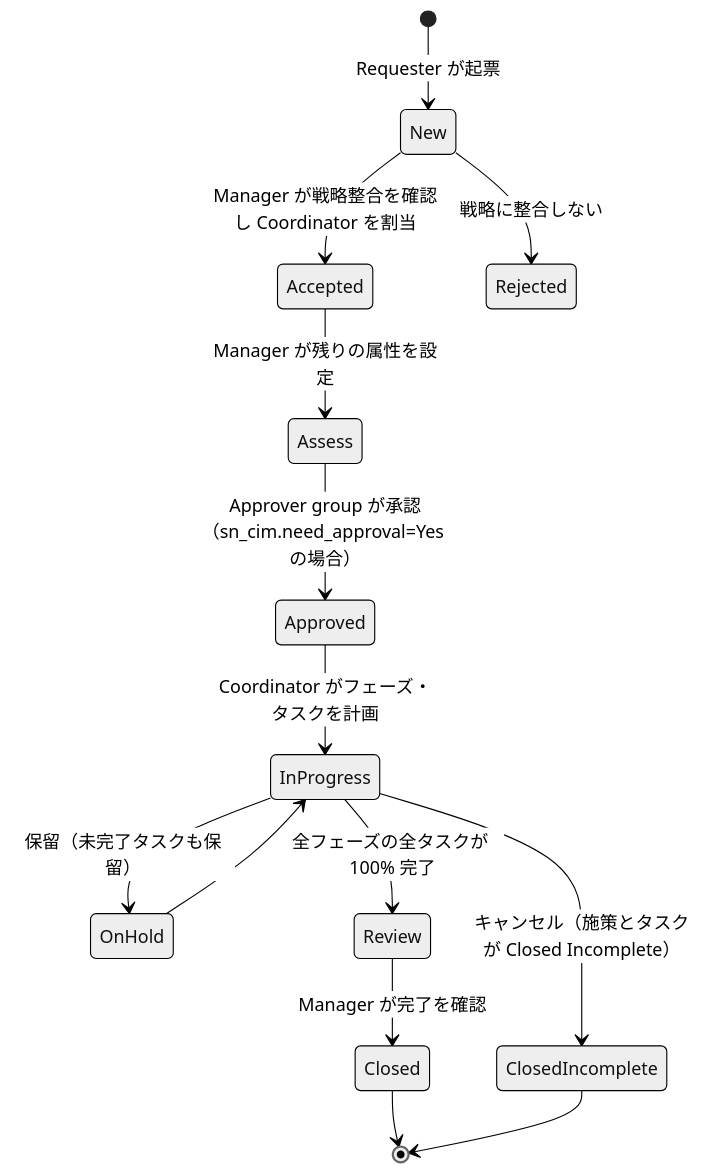
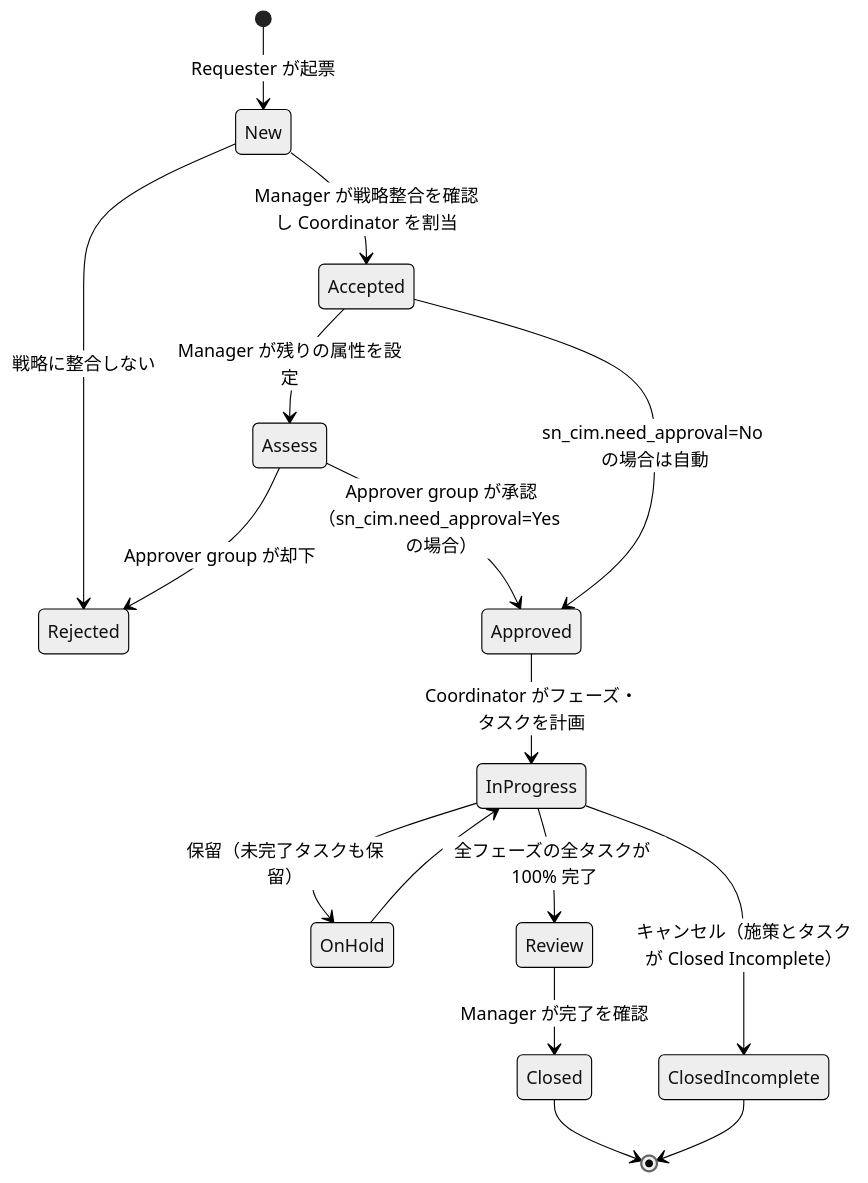
One commit to hidefumiagata/platform-doc changed the second of 2 diagrams in ServiceNow/02_リファレンス/itsm/itsm-pro-features.md. Above: the diagram before and after it, drawn with Mermaid (neutral theme). The commit also changed other lines of this file and 346 other files, not shown here.

````diff
--- a/ServiceNow/02_リファレンス/itsm/itsm-pro-features.md
+++ b/ServiceNow/02_リファレンス/itsm/itsm-pro-features.md
@@ -519,16 +527,18 @@
 ```mermaid
 stateDiagram-v2
     [*] --> New: Requester が起票
     New --> Accepted: Manager が戦略整合を確認し Coordinator を割当
     New --> Rejected: 戦略に整合しない
     Accepted --> Assess: Manager が残りの属性を設定
     Assess --> Approved: Approver group が承認（sn_cim.need_approval=Yes の場合）
+    Accepted --> Approved: sn_cim.need_approval=No の場合は自動
+    Assess --> Rejected: Approver group が却下
     Approved --> InProgress: Coordinator がフェーズ・タスクを計画
     InProgress --> OnHold: 保留（未完了タスクも保留）
     OnHold --> InProgress
     InProgress --> Review: 全フェーズの全タスクが 100% 完了
     Review --> Closed: Manager が完了を確認
     InProgress --> ClosedIncomplete: キャンセル（施策とタスクが Closed Incomplete）
     Closed --> [*]
     ClosedIncomplete --> [*]
 ```
````
